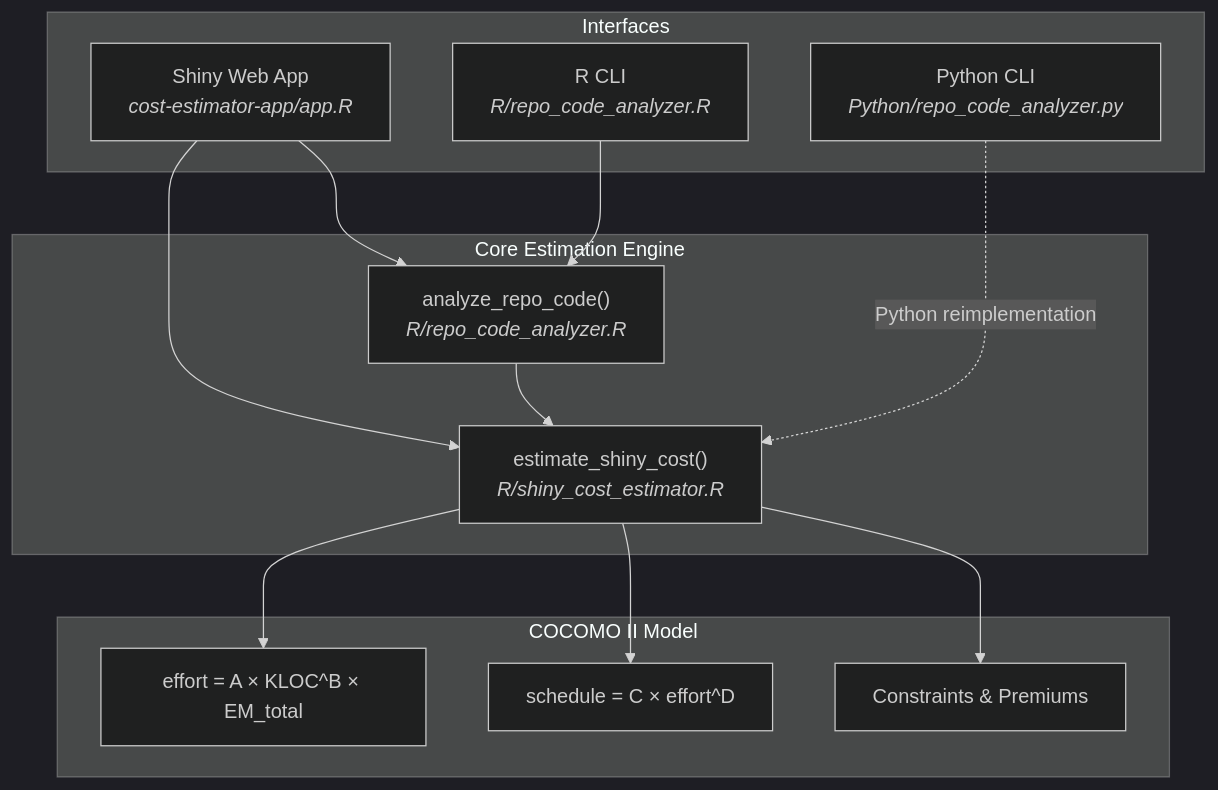
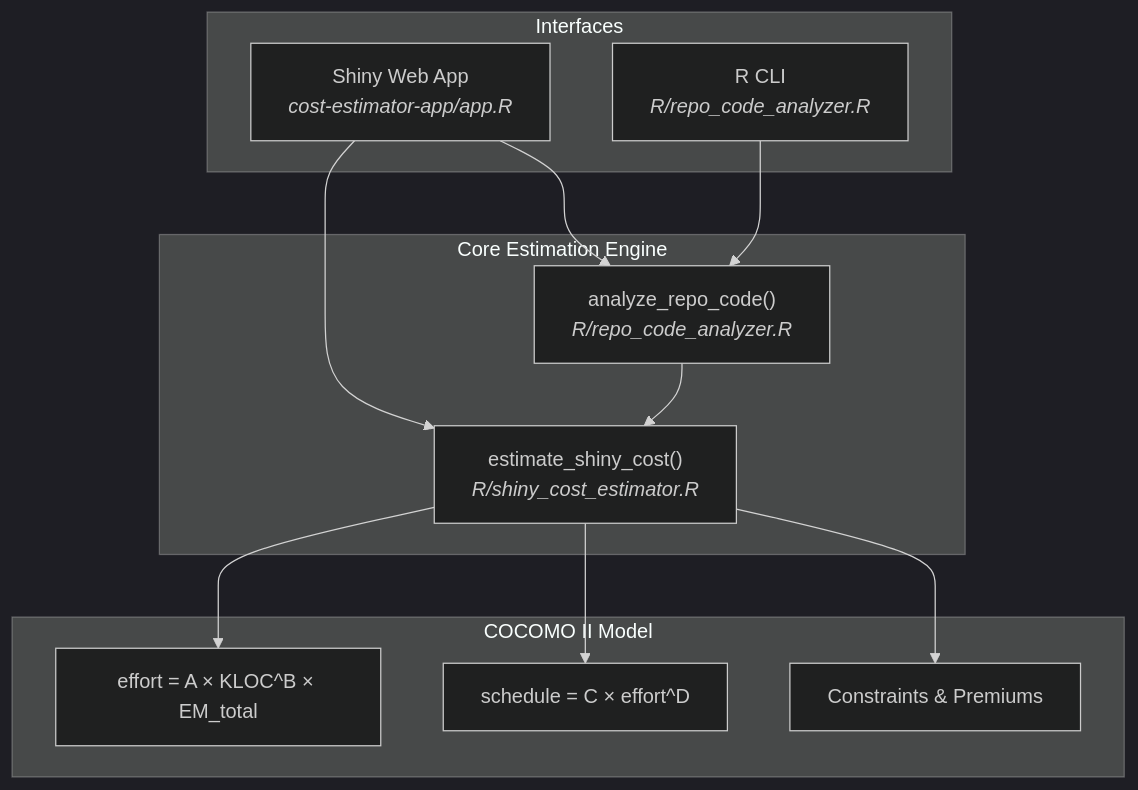
The first of 5 diagrams in README.md (roldanalex/shiny-app-valuation), drawn with Mermaid (dark theme) before and after one commit. The commit also changed other lines of this file and 4 other files, not shown here.

````diff
--- a/README.md
+++ b/README.md
@@ -49,29 +37,27 @@
 ```mermaid
 graph TB
     subgraph Interfaces
         APP["Shiny Web App<br/><i>cost-estimator-app/app.R</i>"]
         RCLI["R CLI<br/><i>R/repo_code_analyzer.R</i>"]
-        PYCLI["Python CLI<br/><i>Python/repo_code_analyzer.py</i>"]
     end
 
     subgraph Core["Core Estimation Engine"]
         EST["estimate_shiny_cost()<br/><i>R/shiny_cost_estimator.R</i>"]
         SCAN["analyze_repo_code()<br/><i>R/repo_code_analyzer.R</i>"]
     end
 
     subgraph Model["COCOMO II Model"]
         FORMULA["effort = A × KLOC^B × EM_total"]
         SCHED["schedule = C × effort^D"]
         CONST["Constraints & Premiums"]
     end
 
     APP --> SCAN
     APP --> EST
     RCLI --> SCAN
     SCAN --> EST
-    PYCLI -.->|"Python reimplementation"| EST
 
     EST --> FORMULA
     EST --> SCHED
     EST --> CONST
 ```
````
